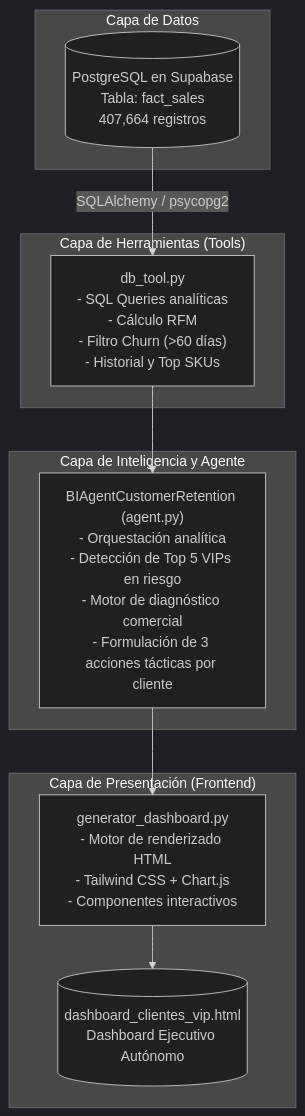
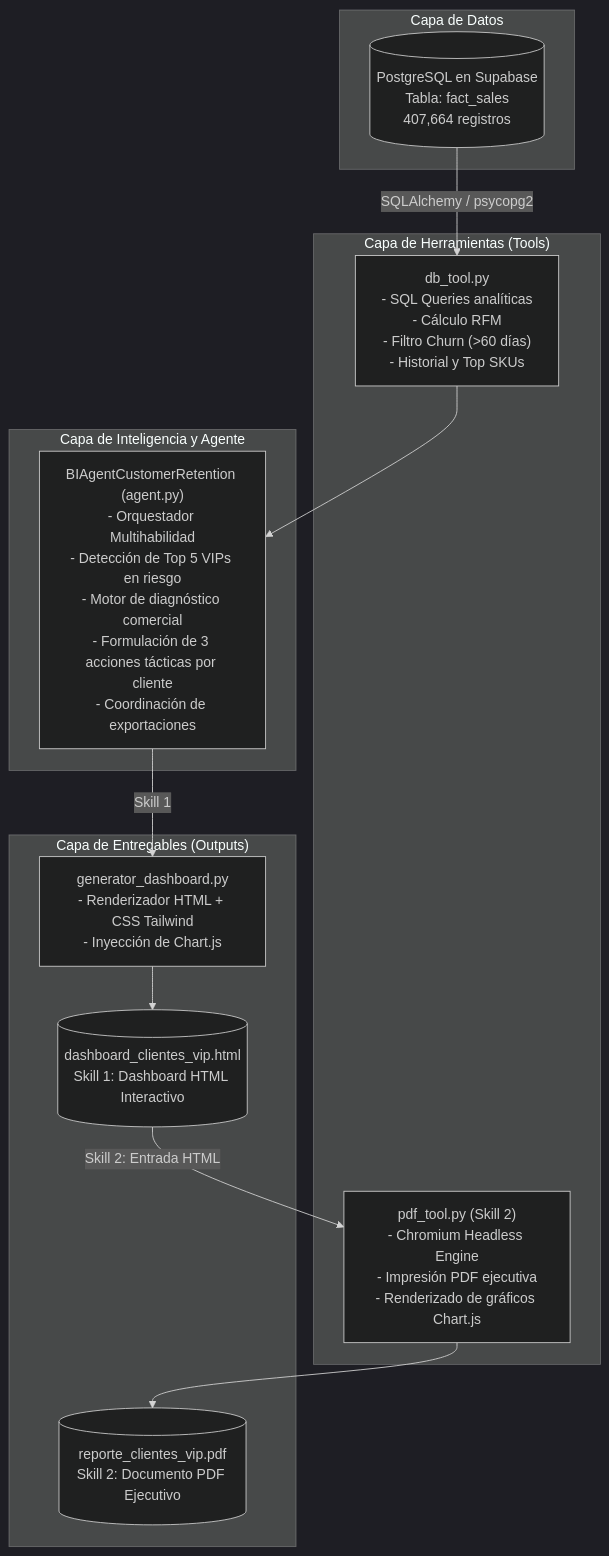
Before and after one commit to sergiomartin98/hackathon-bi-agent: the diagram in 03_arquitectura/ARQUITECTURA.md, drawn with Mermaid (dark theme). The commit also changed other lines of this file and 14 other files, not shown here.

Commit message:
feat: Agente de BI completo (Skills 1 y 2, Dashboard HTML, Reporte PDF, ejecutable .bat y seguridad .env)

````diff
--- a/03_arquitectura/ARQUITECTURA.md
+++ b/03_arquitectura/ARQUITECTURA.md
@@ -5,24 +5,28 @@
 ```mermaid
 flowchart TD
     subgraph DataLayer["Capa de Datos"]
         DB[("PostgreSQL en Supabase\nTabla: fact_sales\n407,664 registros")]
     end
 
     subgraph ToolLayer["Capa de Herramientas (Tools)"]
         DBTool["db_tool.py\n- SQL Queries analíticas\n- Cálculo RFM\n- Filtro Churn (>60 días)\n- Historial y Top SKUs"]
+        PDFTool["pdf_tool.py (Skill 2)\n- Chromium Headless Engine\n- Impresión PDF ejecutiva\n- Renderizado de gráficos Chart.js"]
     end
 
     subgraph AgentLayer["Capa de Inteligencia y Agente"]
-        Agent["BIAgentCustomerRetention (agent.py)\n- Orquestación analítica\n- Detección de Top 5 VIPs en riesgo\n- Motor de diagnóstico comercial\n- Formulación de 3 acciones tácticas por cliente"]
+        Agent["BIAgentCustomerRetention (agent.py)\n- Orquestador Multihabilidad\n- Detección de Top 5 VIPs en riesgo\n- Motor de diagnóstico comercial\n- Formulación de 3 acciones tácticas por cliente\n- Coordinación de exportaciones"]
     end
 
-    subgraph PresentationLayer["Capa de Presentación (Frontend)"]
-        GenDash["generator_dashboard.py\n- Motor de renderizado HTML\n- Tailwind CSS + Chart.js\n- Componentes interactivos"]
-        DashHTML[("dashboard_clientes_vip.html\nDashboard Ejecutivo Autónomo")]
+    subgraph PresentationLayer["Capa de Entregables (Outputs)"]
+        GenDash["generator_dashboard.py\n- Renderizador HTML + CSS Tailwind\n- Inyección de Chart.js"]
+        DashHTML[("dashboard_clientes_vip.html\nSkill 1: Dashboard HTML Interactivo")]
+        ReportPDF[("reporte_clientes_vip.pdf\nSkill 2: Documento PDF Ejecutivo")]
     end
 
     DB -->|SQLAlchemy / psycopg2| DBTool
     DBTool --> Agent
-    Agent --> GenDash
+    Agent -->|Skill 1| GenDash
     GenDash --> DashHTML
+    DashHTML -->|Skill 2: Entrada HTML| PDFTool
+    PDFTool --> ReportPDF
 ```
````
